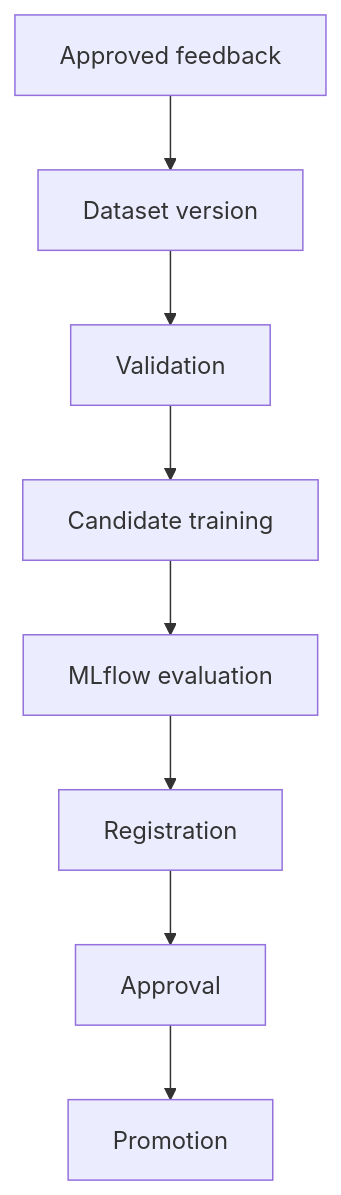
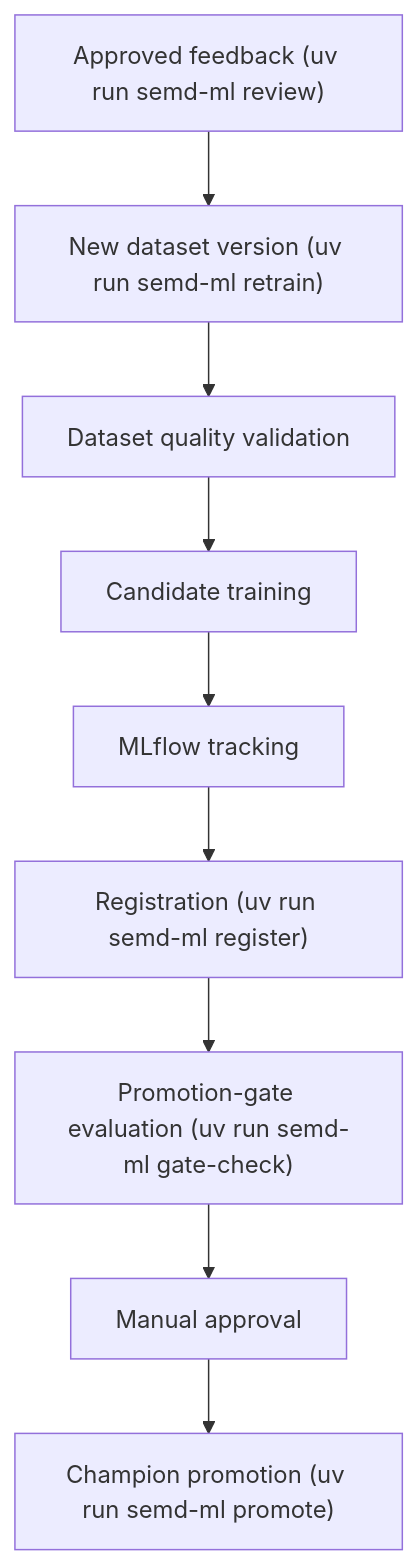
One commit to TheeraphatStudent/SEMD-ml changed the diagram in docs/retraining.md. Above: the diagram before and after it, drawn with Mermaid. The commit also changed other lines of this file and 34 other files, not shown here.

````diff
--- a/docs/retraining.md
+++ b/docs/retraining.md
@@ -9,10 +9,11 @@
 ```mermaid
 flowchart TD
-    A[Approved feedback] --> B[Dataset version]
-    B --> C[Validation]
+    A["Approved feedback (uv run semd-ml review)"] --> B["New dataset version (uv run semd-ml retrain)"]
+    B --> C[Dataset quality validation]
     C --> D[Candidate training]
-    D --> E[MLflow evaluation]
-    E --> F[Registration]
-    F --> G[Approval]
-    G --> H[Promotion]
+    D --> E[MLflow tracking]
+    E --> F["Registration (uv run semd-ml register)"]
+    F --> G["Promotion-gate evaluation (uv run semd-ml gate-check)"]
+    G --> H[Manual approval]
+    H --> I["Champion promotion (uv run semd-ml promote)"]
 ```
````
